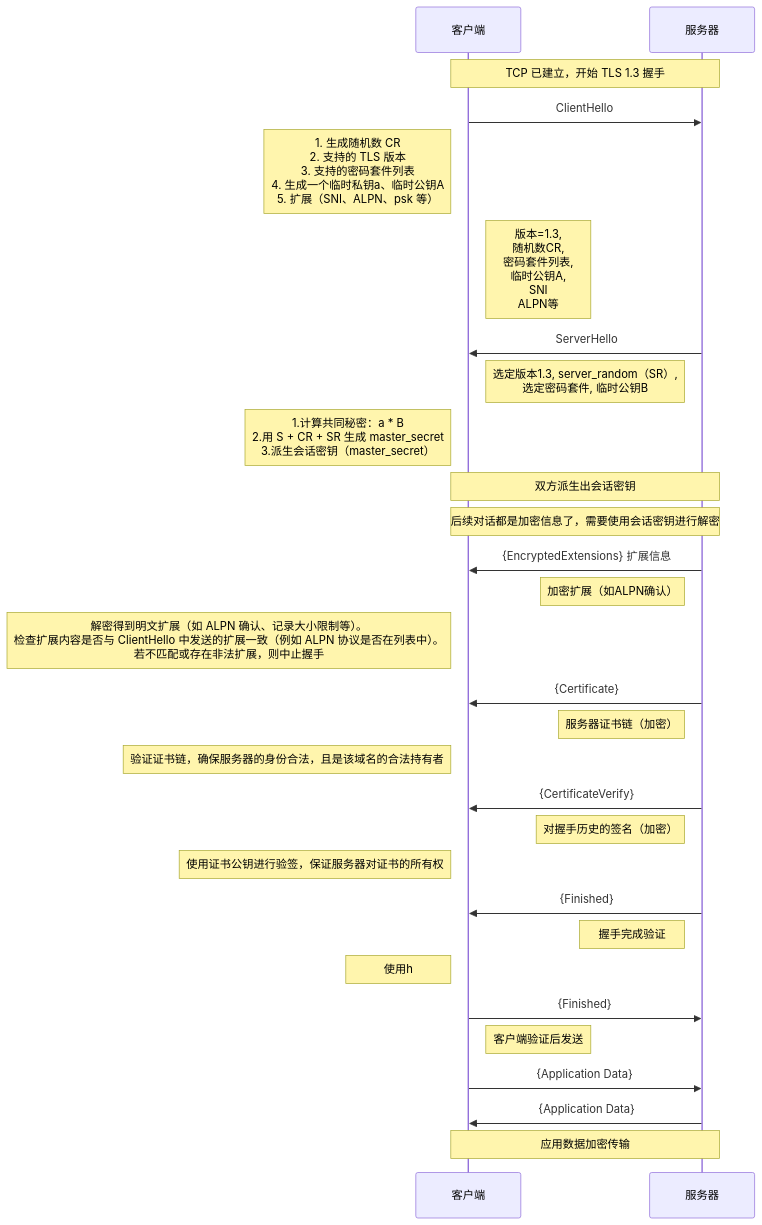
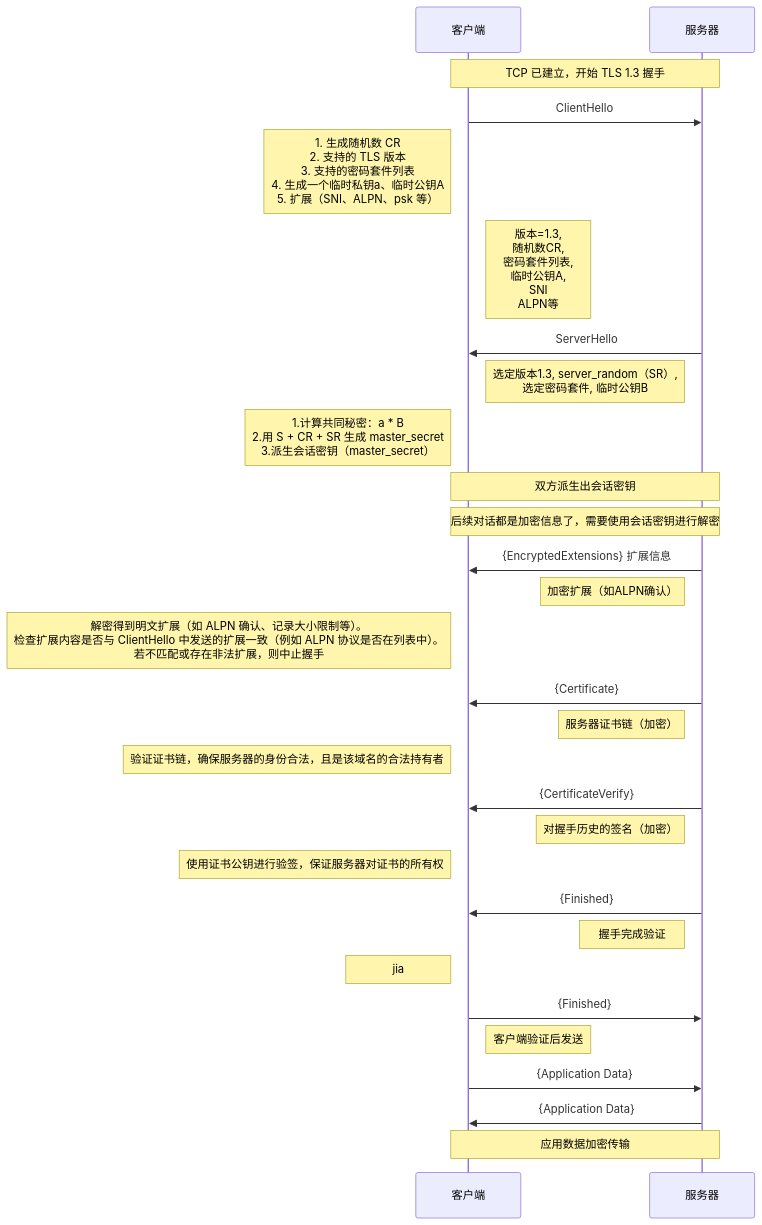
The diagram in all/TLS-1.3-通用.md (HY-10-8/iodraw-files), drawn with Mermaid before and after one commit.

Commit message:
2026-03-30 18:58:38 update

````diff
--- a/all/TLS-1.3-通用.md
+++ b/all/TLS-1.3-通用.md
@@ -1,41 +1,41 @@
 ```mermaid
 sequenceDiagram
     participant C as 客户端
     participant S as 服务器
 
     Note over C,S: TCP 已建立，开始 TLS 1.3 握手
 
     C->>S: ClientHello
     Note left of C: 1. 生成随机数 CR<br/> 2. 支持的 TLS 版本<br/> 3. 支持的密码套件列表<br/> 4. 生成一个临时私钥a、临时公钥A<br/> 5. 扩展（SNI、ALPN、psk 等）
     Note right of C: 版本=1.3,<br/> 随机数CR,<br/> 密码套件列表,<br/> 临时公钥A,<br/> SNI<br/> ALPN等
 
     S->>C: ServerHello
     Note left of S: 选定版本1.3, server_random（SR）,<br/> 选定密码套件, 临时公钥B
     Note left of C: 1.计算共同秘密：a * B<br/> 2.用 S + CR + SR 生成 master_secret<br/> 3.派生会话密钥（master_secret）
 
     Note over C,S: 双方派生出会话密钥
     Note over C,S: 后续对话都是加密信息了，需要使用会话密钥进行解密
 
     S->>C: {EncryptedExtensions} 扩展信息
     Note left of S: 加密扩展（如ALPN确认）
     Note left of C: 解密得到明文扩展（如 ALPN 确认、记录大小限制等）。<br/>检查扩展内容是否与 ClientHello 中发送的扩展一致（例如 ALPN 协议是否在列表中）。<br/> 若不匹配或存在非法扩展，则中止握手
 
     S->>C: {Certificate}
     Note left of S: 服务器证书链（加密）
     Note left of C: 验证证书链，确保服务器的身份合法，且是该域名的合法持有者
 
     S->>C: {CertificateVerify}
     Note left of S: 对握手历史的签名（加密）
     Note left of C: 使用证书公钥进行验签，保证服务器对证书的所有权
 
     S->>C: {Finished}
     Note left of S: 握手完成验证
-    Note left of C: 使用h
+    Note left of C: jia
 
     C->>S: {Finished}
     Note right of C: 客户端验证后发送
 
     C->>S: {Application Data}
     S->>C: {Application Data}
     Note over C,S: 应用数据加密传输
 ```
````
